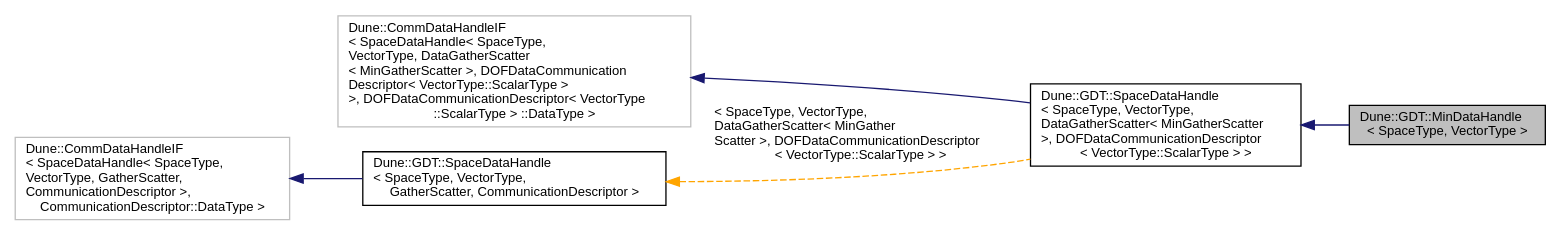
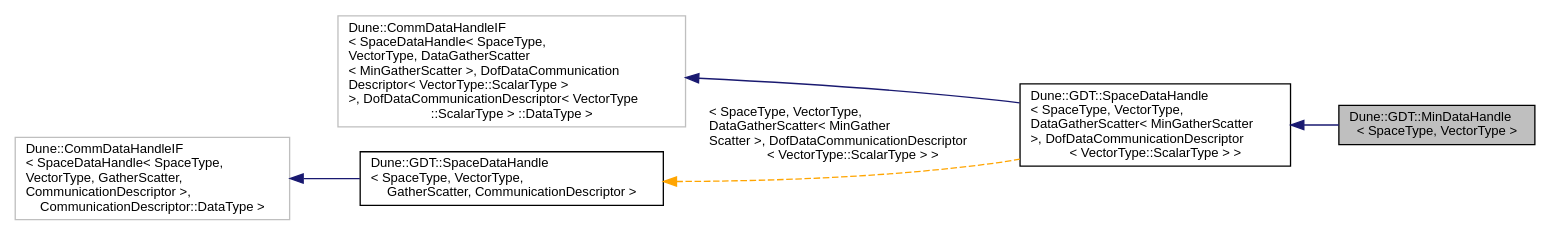
One commit to dune-community/dune-community.github.io changed the diagram in docs/dune-gdt/master/a02840.dot. Above: the diagram before and after it, drawn with Graphviz. The commit also changed 148 other files, not shown here.

Commit message:
Updated documentation for dune-gdt master

```diff
--- a/docs/dune-gdt/master/a02840.dot
+++ b/docs/dune-gdt/master/a02840.dot
@@ -1,15 +1,15 @@
 digraph "Dune::GDT::MinDataHandle&lt; SpaceType, VectorType &gt;"
 {
   edge [fontname="Helvetica",fontsize="10",labelfontname="Helvetica",labelfontsize="10"];
   node [fontname="Helvetica",fontsize="10",shape=record];
   rankdir="LR";
   Node0 [label="Dune::GDT::MinDataHandle\l\< SpaceType, VectorType \>",height=0.2,width=0.4,color="black", fillcolor="grey75", style="filled", fontcolor="black"];
   Node1 -> Node0 [dir="back",color="midnightblue",fontsize="10",style="solid",fontname="Helvetica"];
-  Node1 [label="Dune::GDT::SpaceDataHandle\l\< SpaceType, VectorType,\l DataGatherScatter\< MinGatherScatter\l \>, DOFDataCommunicationDescriptor\l\< VectorType::ScalarType \> \>",height=0.2,width=0.4,color="black", fillcolor="white", style="filled",URL="$a02825.html"];
+  Node1 [label="Dune::GDT::SpaceDataHandle\l\< SpaceType, VectorType,\l DataGatherScatter\< MinGatherScatter\l \>, DofDataCommunicationDescriptor\l\< VectorType::ScalarType \> \>",height=0.2,width=0.4,color="black", fillcolor="white", style="filled",URL="$a02825.html"];
   Node2 -> Node1 [dir="back",color="midnightblue",fontsize="10",style="solid",fontname="Helvetica"];
-  Node2 [label="Dune::CommDataHandleIF\l\< SpaceDataHandle\< SpaceType,\l VectorType, DataGatherScatter\l\< MinGatherScatter \>, DOFDataCommunication\lDescriptor\< VectorType::ScalarType \>\l \>, DOFDataCommunicationDescriptor\< VectorType\l::ScalarType \> ::DataType \>",height=0.2,width=0.4,color="grey75", fillcolor="white", style="filled"];
-  Node3 -> Node1 [dir="back",color="orange",fontsize="10",style="dashed",label=" \< SpaceType, VectorType,\l DataGatherScatter\< MinGather\lScatter \>, DOFDataCommunicationDescriptor\l\< VectorType::ScalarType \> \>" ,fontname="Helvetica"];
+  Node2 [label="Dune::CommDataHandleIF\l\< SpaceDataHandle\< SpaceType,\l VectorType, DataGatherScatter\l\< MinGatherScatter \>, DofDataCommunication\lDescriptor\< VectorType::ScalarType \>\l \>, DofDataCommunicationDescriptor\< VectorType\l::ScalarType \> ::DataType \>",height=0.2,width=0.4,color="grey75", fillcolor="white", style="filled"];
+  Node3 -> Node1 [dir="back",color="orange",fontsize="10",style="dashed",label=" \< SpaceType, VectorType,\l DataGatherScatter\< MinGather\lScatter \>, DofDataCommunicationDescriptor\l\< VectorType::ScalarType \> \>" ,fontname="Helvetica"];
   Node3 [label="Dune::GDT::SpaceDataHandle\l\< SpaceType, VectorType,\l GatherScatter, CommunicationDescriptor \>",height=0.2,width=0.4,color="black", fillcolor="white", style="filled",URL="$a02825.html"];
   Node4 -> Node3 [dir="back",color="midnightblue",fontsize="10",style="solid",fontname="Helvetica"];
   Node4 [label="Dune::CommDataHandleIF\l\< SpaceDataHandle\< SpaceType,\l VectorType, GatherScatter,\l CommunicationDescriptor \>,\l CommunicationDescriptor::DataType \>",height=0.2,width=0.4,color="grey75", fillcolor="white", style="filled"];
 }
```
